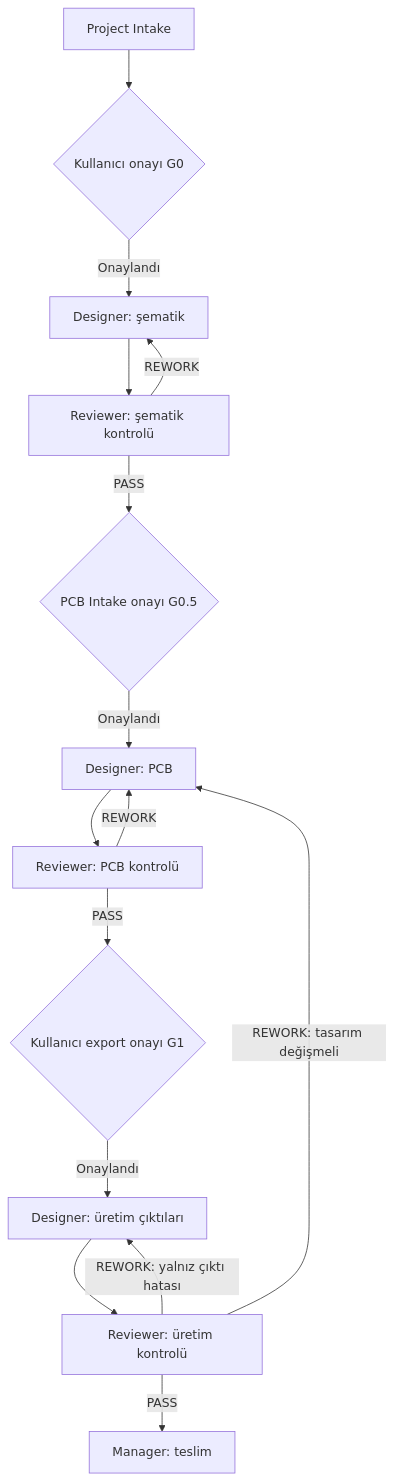
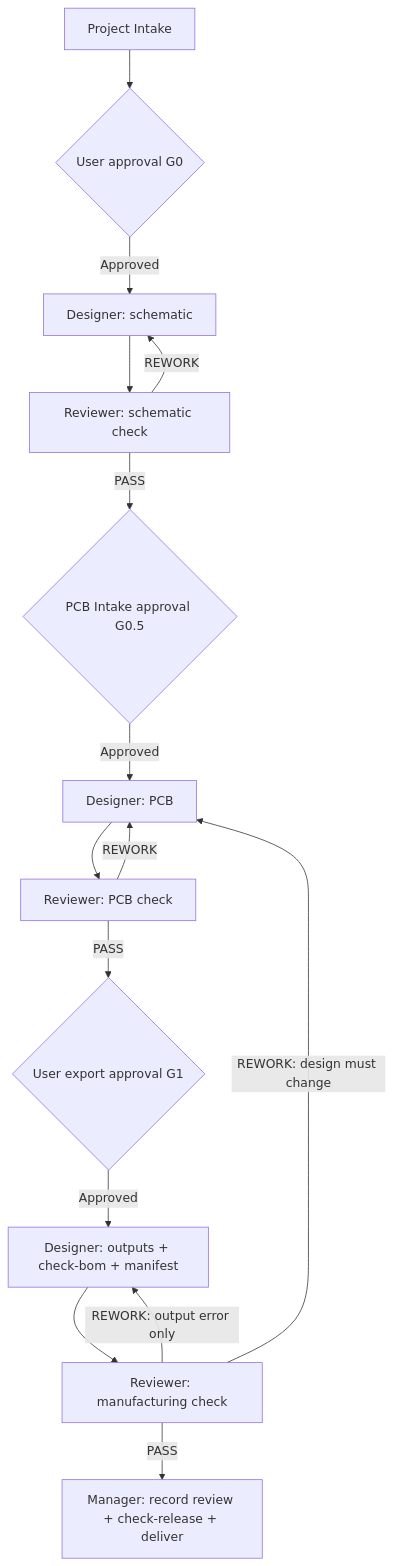
One commit to d0ukan/ai-hw-designer changed the diagram in README.md. Above: the diagram before and after it, drawn with Mermaid. The commit also changed other lines of this file and 31 other files, not shown here.

First line of the commit message:
v1.14: fix review findings, release binding, next command, EN/TR READMEs

````diff
--- a/README.md
+++ b/README.md
@@ -116,17 +101,17 @@
 ```mermaid
 flowchart TD
-    I["Project Intake"] --> A{"Kullanıcı onayı G0"}
-    A -->|"Onaylandı"| D["Designer: şematik"]
-    D --> S["Reviewer: şematik kontrolü"]
+    I["Project Intake"] --> A{"User approval G0"}
+    A -->|"Approved"| D["Designer: schematic"]
+    D --> S["Reviewer: schematic check"]
     S -->|"REWORK"| D
-    S -->|"PASS"| B{"PCB Intake onayı G0.5"}
-    B -->|"Onaylandı"| P["Designer: PCB"]
-    P --> R["Reviewer: PCB kontrolü"]
+    S -->|"PASS"| B{"PCB Intake approval G0.5"}
+    B -->|"Approved"| P["Designer: PCB"]
+    P --> R["Reviewer: PCB check"]
     R -->|"REWORK"| P
-    R -->|"PASS"| G{"Kullanıcı export onayı G1"}
-    G -->|"Onaylandı"| E["Designer: üretim çıktıları"]
-    E --> V["Reviewer: üretim kontrolü"]
-    V -->|"REWORK: yalnız çıktı hatası"| E
-    V -->|"REWORK: tasarım değişmeli"| P
-    V -->|"PASS"| H["Manager: teslim"]
+    R -->|"PASS"| G{"User export approval G1"}
+    G -->|"Approved"| E["Designer: outputs + check-bom + manifest"]
+    E --> V["Reviewer: manufacturing check"]
+    V -->|"REWORK: output error only"| E
+    V -->|"REWORK: design must change"| P
+    V -->|"PASS"| H["Manager: record review + check-release + deliver"]
 ```
````
